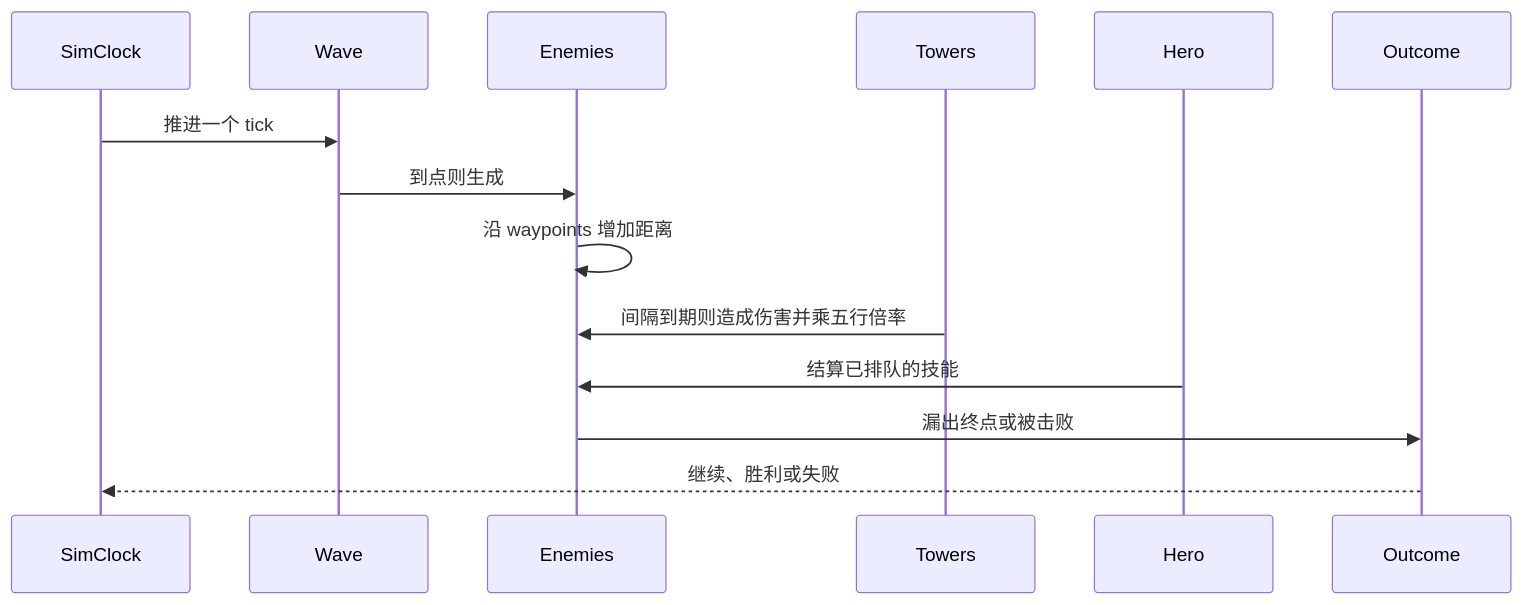
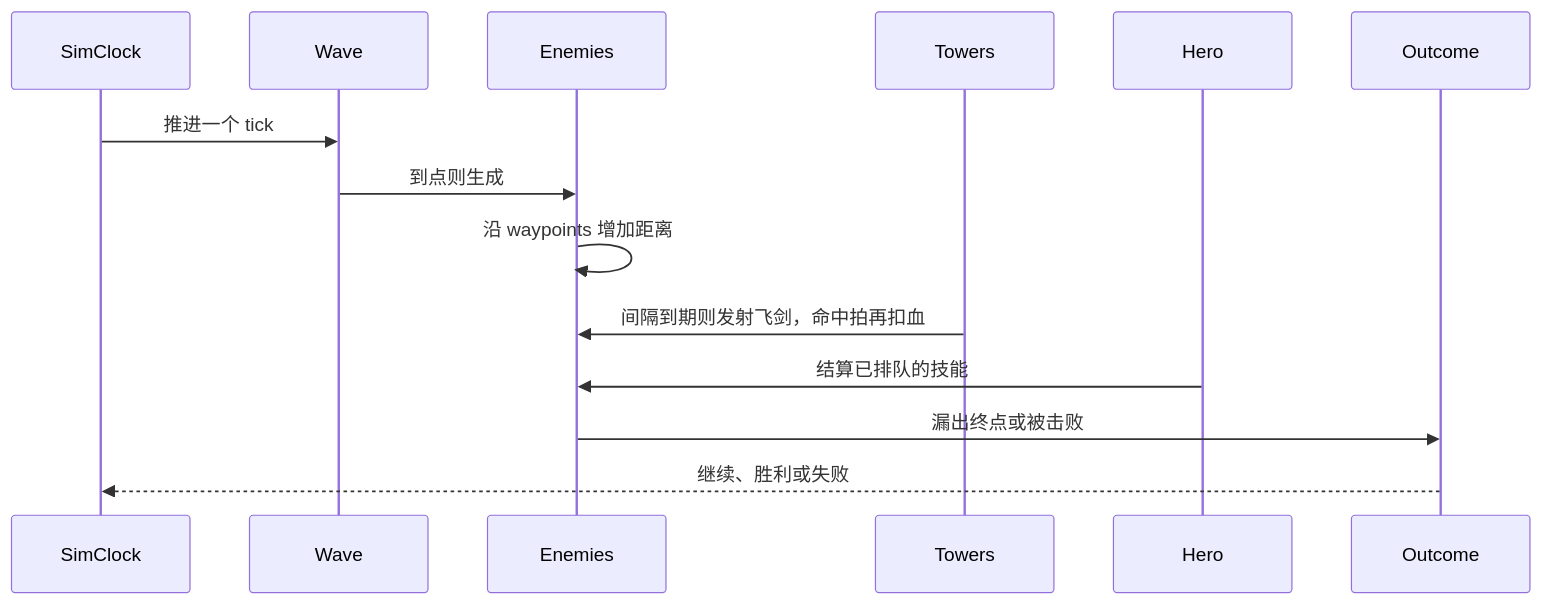
One commit to yichuansu/shanhai-ding-guard changed the second of 2 diagrams in docs/ARCHITECTURE.md. Above: the diagram before and after it, drawn with Mermaid. The commit also changed other lines of this file and 48 other files, not shown here.

````diff
--- a/docs/ARCHITECTURE.md
+++ b/docs/ARCHITECTURE.md
@@ -218,17 +231,17 @@
 ```mermaid
 sequenceDiagram
   participant Clock as SimClock
   participant Wave as Wave
   participant Enemy as Enemies
   participant Tower as Towers
   participant Hero as Hero
   participant Rules as Outcome
 
   Clock->>Wave: 推进一个 tick
   Wave->>Enemy: 到点则生成
   Enemy->>Enemy: 沿 waypoints 增加距离
-  Tower->>Enemy: 间隔到期则造成伤害并乘五行倍率
+  Tower->>Enemy: 间隔到期则发射飞剑，命中拍再扣血
   Hero->>Enemy: 结算已排队的技能
   Enemy->>Rules: 漏出终点或被击败
   Rules-->>Clock: 继续、胜利或失败
 ```
````
